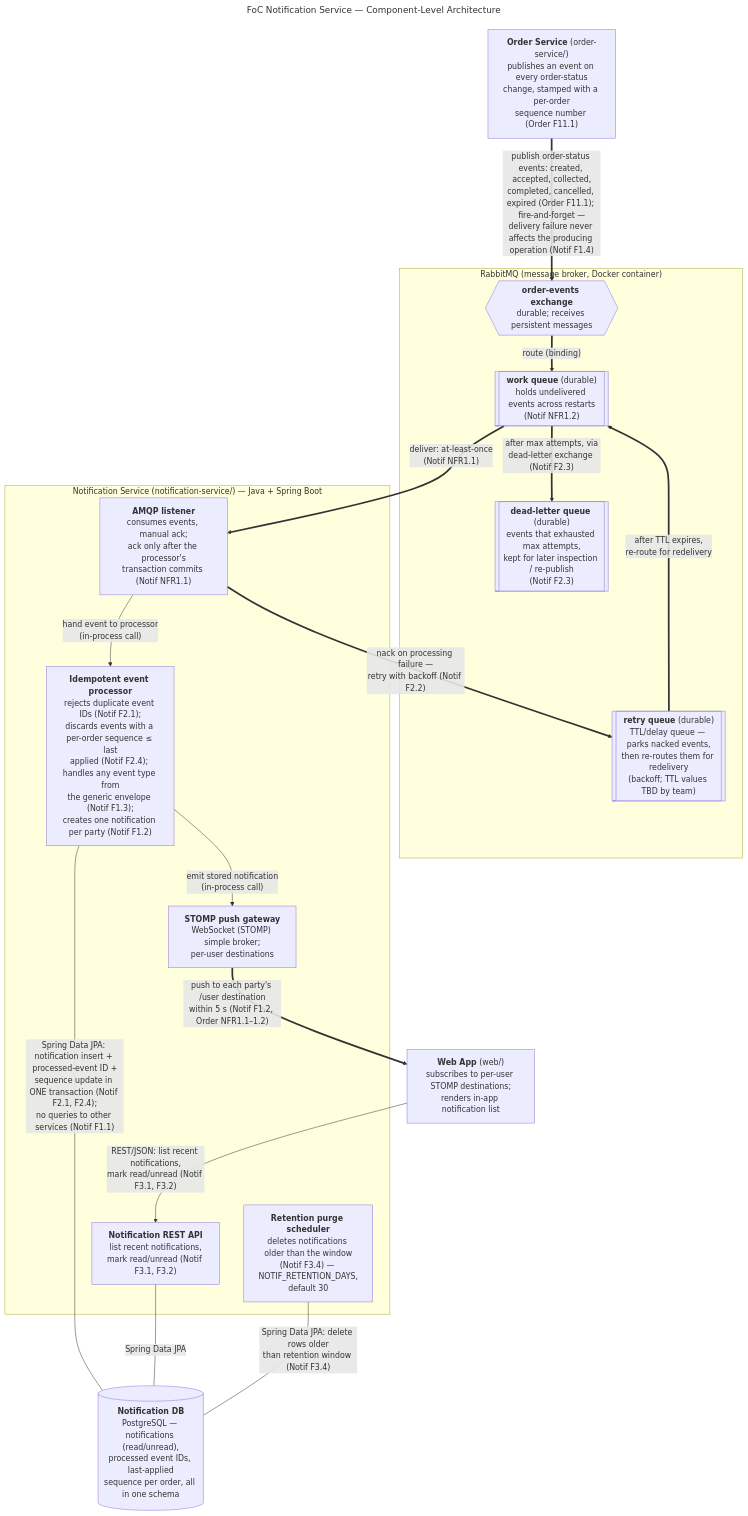
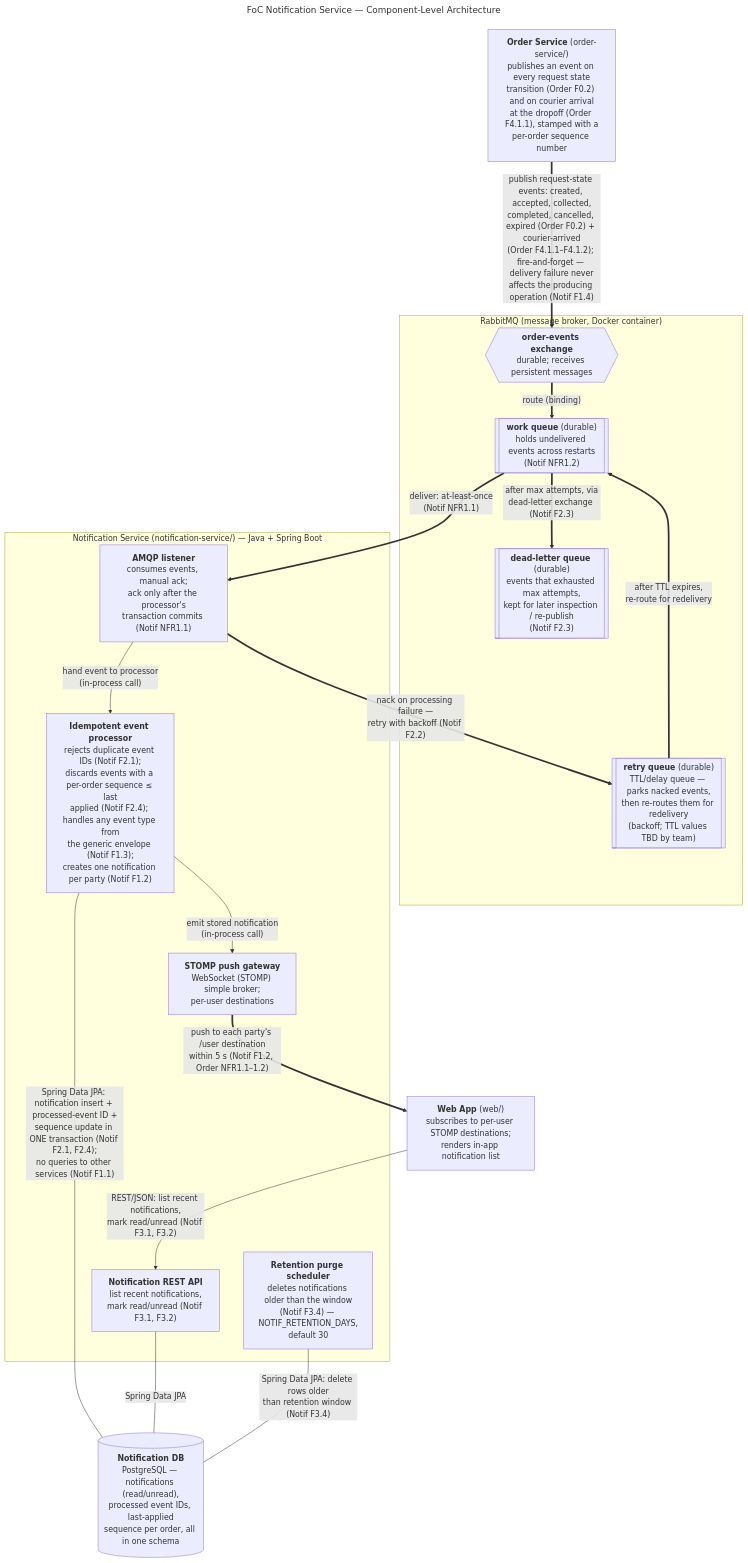
Before and after one commit to AY2627S1-CS3219-P23/foc: the diagram in docs/notification-service.mmd, drawn with Mermaid. The commit also changed 2 other files, not shown here.

Commit message:
docs: align notification-service design with latest D1 backlog (Template-7)
- Renumber event-publishing reference Order F11.1 -> Order F0.2
- Trace courier collection/arrival updates (Order F4.1.1-F4.1.2) to the
  existing generic envelope: courier-arrived event type + traceability row
- Widen scope note to the Order-side requirements the service serves
- Log the 2026-09-18 AI-assisted realignment in ai/usage-log.md

```diff
--- a/docs/notification-service.mmd
+++ b/docs/notification-service.mmd
@@ -1,46 +1,49 @@
 ---
 title: "FoC Notification Service — Component-Level Architecture"
 ---
 %% AI-assisted (CS3219 AI Usage Policy disclosure):
-%% Tool: Claude Code (Fable 5), 2026-09-15.
+%% Tool: Claude Code (Fable 5), 2026-09-15; revised 2026-09-18.
 %% Scope: transcribed the team-decided notification-service design
 %% (decisions made by Leong Wei Zhi, 2026-09-15 — broker, transport,
 %% storage, dedupe, ordering, retry, dead-letter, retention) into this
-%% diagram. No design decisions were made by the tool.
+%% diagram; 2026-09-18 re-aligned requirement references with the
+%% latest D1 backlog (Order F11.1 -> F0.2; courier collection/arrival
+%% updates, Order F4.1.1-F4.1.2). No design decisions were made by the
+%% tool.
 %% Reviewed by: Leong Wei Zhi (via pull request).
 %% Legend, decisions and traceability: see docs/notification-service.md
 flowchart TB
-    ORDER_SVC["<b>Order Service</b> (order-service/)<br/>publishes an event on every order-status<br/>change, stamped with a per-order<br/>sequence number (Order F11.1)"]
+    ORDER_SVC["<b>Order Service</b> (order-service/)<br/>publishes an event on every request state<br/>transition (Order F0.2) and on courier arrival<br/>at the dropoff (Order F4.1.1), stamped with a<br/>per-order sequence number"]
     WEB["<b>Web App</b> (web/)<br/>subscribes to per-user STOMP destinations;<br/>renders in-app notification list"]
 
     subgraph RABBIT ["RabbitMQ (message broker, Docker container)"]
         EXCH{{"<b>order-events exchange</b><br/>durable; receives persistent messages"}}
         WORKQ[["<b>work queue</b> (durable)<br/>holds undelivered events across restarts<br/>(Notif NFR1.2)"]]
         RETRYQ[["<b>retry queue</b> (durable)<br/>TTL/delay queue — parks nacked events,<br/>then re-routes them for redelivery<br/>(backoff; TTL values TBD by team)"]]
         DLQ[["<b>dead-letter queue</b> (durable)<br/>events that exhausted max attempts,<br/>kept for later inspection / re-publish<br/>(Notif F2.3)"]]
     end
 
     subgraph NOTIF ["Notification Service (notification-service/) — Java + Spring Boot"]
         LISTENER["<b>AMQP listener</b><br/>consumes events, manual ack;<br/>ack only after the processor's<br/>transaction commits (Notif NFR1.1)"]
         PROCESSOR["<b>Idempotent event processor</b><br/>rejects duplicate event IDs (Notif F2.1);<br/>discards events with a per-order sequence ≤ last<br/>applied (Notif F2.4); handles any event type from<br/>the generic envelope (Notif F1.3);<br/>creates one notification per party (Notif F1.2)"]
         API["<b>Notification REST API</b><br/>list recent notifications,<br/>mark read/unread (Notif F3.1, F3.2)"]
         PUSH["<b>STOMP push gateway</b><br/>WebSocket (STOMP) simple broker;<br/>per-user destinations"]
         PURGE["<b>Retention purge scheduler</b><br/>deletes notifications older than the window<br/>(Notif F3.4) — NOTIF_RETENTION_DAYS,<br/>default 30"]
     end
 
     NOTIF_DB[("<b>Notification DB</b><br/>PostgreSQL — notifications (read/unread),<br/>processed event IDs, last-applied<br/>sequence per order, all in one schema")]
 
-    ORDER_SVC ==>|"publish order-status events: created, accepted, collected,<br/>completed, cancelled, expired (Order F11.1); fire-and-forget —<br/>delivery failure never affects the producing operation (Notif F1.4)"| EXCH
+    ORDER_SVC ==>|"publish request-state events: created, accepted, collected,<br/>completed, cancelled, expired (Order F0.2) + courier-arrived<br/>(Order F4.1.1–F4.1.2); fire-and-forget — delivery failure never<br/>affects the producing operation (Notif F1.4)"| EXCH
     EXCH ==>|"route (binding)"| WORKQ
     WORKQ ==>|"deliver: at-least-once<br/>(Notif NFR1.1)"| LISTENER
     LISTENER ==>|"nack on processing failure —<br/>retry with backoff (Notif F2.2)"| RETRYQ
     RETRYQ ==>|"after TTL expires,<br/>re-route for redelivery"| WORKQ
     WORKQ ==>|"after max attempts, via<br/>dead-letter exchange (Notif F2.3)"| DLQ
 
     LISTENER -->|"hand event to processor<br/>(in-process call)"| PROCESSOR
     PROCESSOR ---|"Spring Data JPA: notification insert + processed-event ID +<br/>sequence update in ONE transaction (Notif F2.1, F2.4);<br/>no queries to other services (Notif F1.1)"| NOTIF_DB
     PROCESSOR -->|"emit stored notification<br/>(in-process call)"| PUSH
     PUSH ==>|"push to each party's /user destination<br/>within 5 s (Notif F1.2, Order NFR1.1–1.2)"| WEB
     WEB -->|"REST/JSON: list recent notifications,<br/>mark read/unread (Notif F3.1, F3.2)"| API
     API ---|"Spring Data JPA"| NOTIF_DB
     PURGE ---|"Spring Data JPA: delete rows older<br/>than retention window (Notif F3.4)"| NOTIF_DB
```
